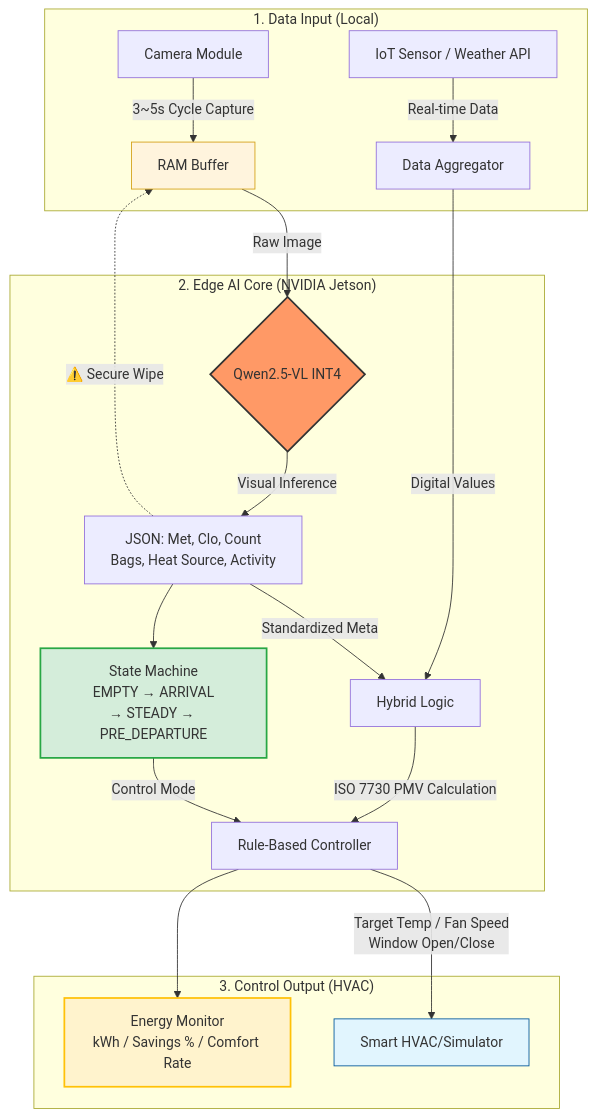
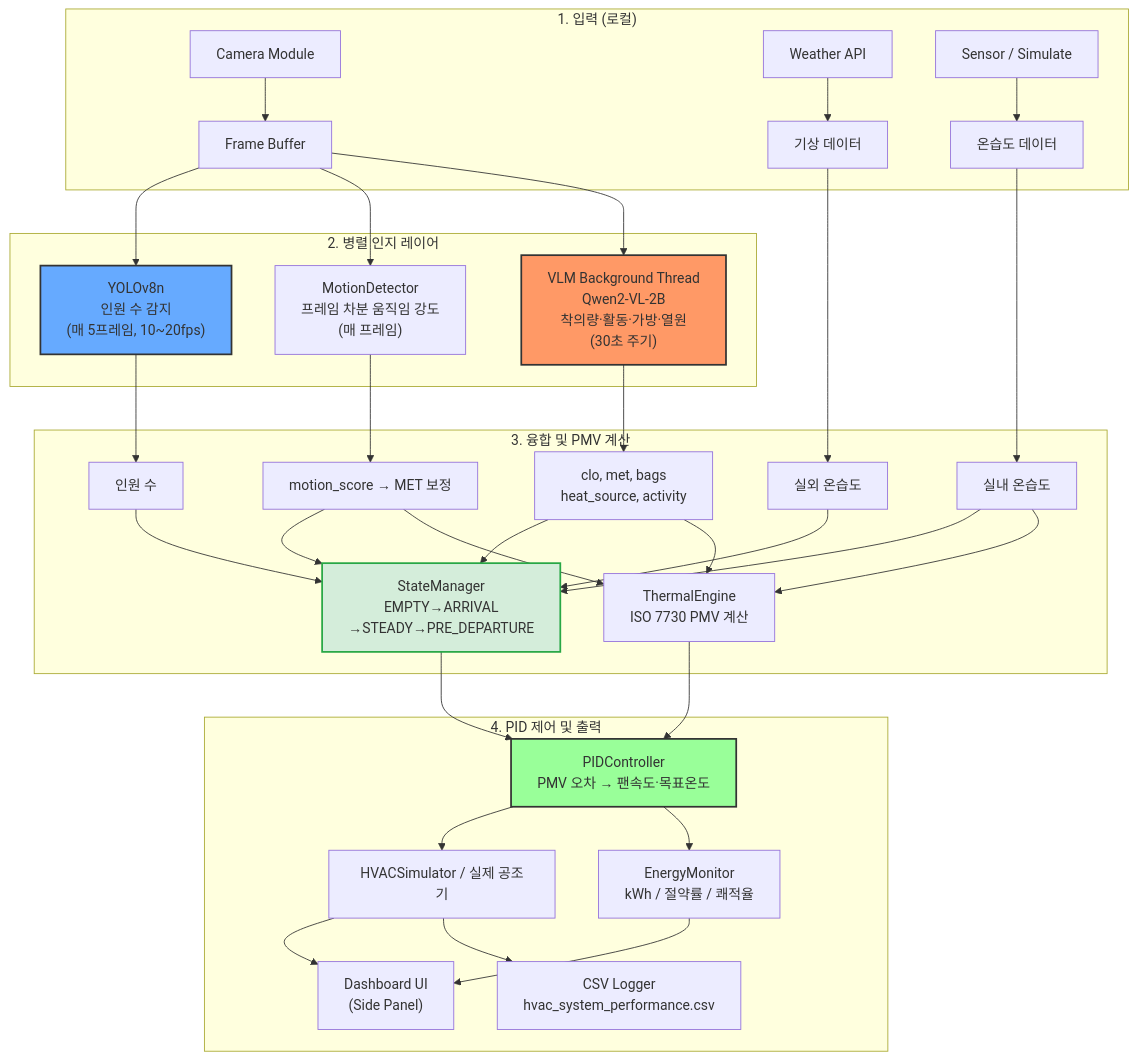
One commit to KINN-CH/edge-vlm-hvac-system changed the diagram in README.md. Above: the diagram before and after it, drawn with Mermaid. The commit also changed other lines of this file and 2 other files, not shown here.

````diff
--- a/README.md
+++ b/README.md
@@ -72,31 +77,38 @@
 ```mermaid
 graph TD
-    subgraph "1. Data Input (Local)"
-        A1[Camera Module] -- "3~5s Cycle Capture" --> B1
-        A2[IoT Sensor / Weather API] -- "Real-time Data" --> B2
+    subgraph "1. 입력 (로컬)"
+        A1[Camera Module] --> B1[Frame Buffer]
+        A2[Weather API] --> B2[기상 데이터]
+        A3[Sensor / Simulate] --> B3[온습도 데이터]
     end
 
-    subgraph "2. Edge AI Core (NVIDIA Jetson)"
-        B1[RAM Buffer] -- "Raw Image" --> C1
-        C1{Qwen2.5-VL INT4} -- "Visual Inference" --> D1
-        D1["JSON: Met, Clo, Count\nBags, Heat Source, Activity"] -- "Standardized Meta" --> E1
-        D1 -.-> |"⚠️ Secure Wipe"| B1
-
-        B2[Data Aggregator] -- "Digital Values" --> E1
-        E1[Hybrid Logic] -- "ISO 7730 PMV Calculation" --> F1
-
-        D1 --> SM["State Machine\nEMPTY → ARRIVAL\n→ STEADY → PRE_DEPARTURE"]
-        SM -- "Control Mode" --> F1
+    subgraph "2. 병렬 인지 레이어"
+        B1 --> C1["YOLOv8n\n인원 수 감지\n(매 5프레임, 10~20fps)"]
+        B1 --> C2["MotionDetector\n프레임 차분 움직임 강도\n(매 프레임)"]
+        B1 --> C3["VLM Background Thread\nQwen2-VL-2B\n착의량·활동·가방·열원\n(30초 주기)"]
     end
 
-    subgraph "3. Control Output (HVAC)"
-        F1[Rule-Based Controller] -- "Target Temp / Fan Speed\nWindow Open/Close" --> G1[Smart HVAC/Simulator]
-        F1 --> EM[Energy Monitor\nkWh / Savings % / Comfort Rate]
+    subgraph "3. 융합 및 PMV 계산"
+        C1 --> D1[인원 수]
+        C2 --> D2[motion_score → MET 보정]
+        C3 --> D3["clo, met, bags\nheat_source, activity"]
+        B2 --> D4[실외 온습도]
+        B3 --> D5[실내 온습도]
+
+        D1 & D2 & D3 & D4 & D5 --> E1["StateManager\nEMPTY→ARRIVAL\n→STEADY→PRE_DEPARTURE"]
+        D5 & D2 & D3 --> E2["ThermalEngine\nISO 7730 PMV 계산"]
     end
 
-    style C1 fill:#f96,stroke:#333,stroke-width:2px
-    style B1 fill:#fff4dd,stroke:#d4a017
-    style G1 fill:#e1f5fe,stroke:#01579b
-    style SM fill:#d4edda,stroke:#28a745,stroke-width:2px
-    style EM fill:#fff3cd,stroke:#ffc107,stroke-width:2px
+    subgraph "4. PID 제어 및 출력"
+        E1 & E2 --> F1["PIDController\nPMV 오차 → 팬속도·목표온도"]
+        F1 --> G1[HVACSimulator / 실제 공조기]
+        F1 --> G2["EnergyMonitor\nkWh / 절약률 / 쾌적율"]
+        G1 & G2 --> H1["Dashboard UI\n(Side Panel)"]
+        G1 --> H2["CSV Logger\nhvac_system_performance.csv"]
+    end
+
+    style C3 fill:#f96,stroke:#333,stroke-width:2px
+    style C1 fill:#6af,stroke:#333,stroke-width:2px
+    style F1 fill:#9f9,stroke:#333,stroke-width:2px
+    style E1 fill:#d4edda,stroke:#28a745,stroke-width:2px
 ```
````
